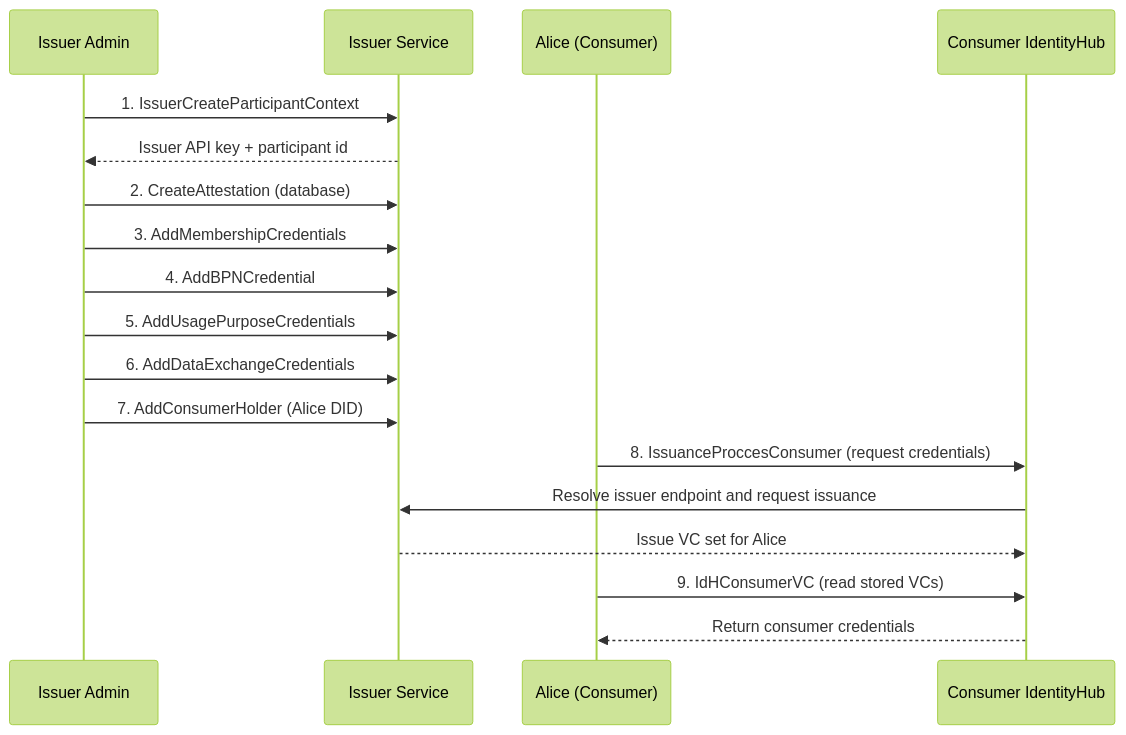
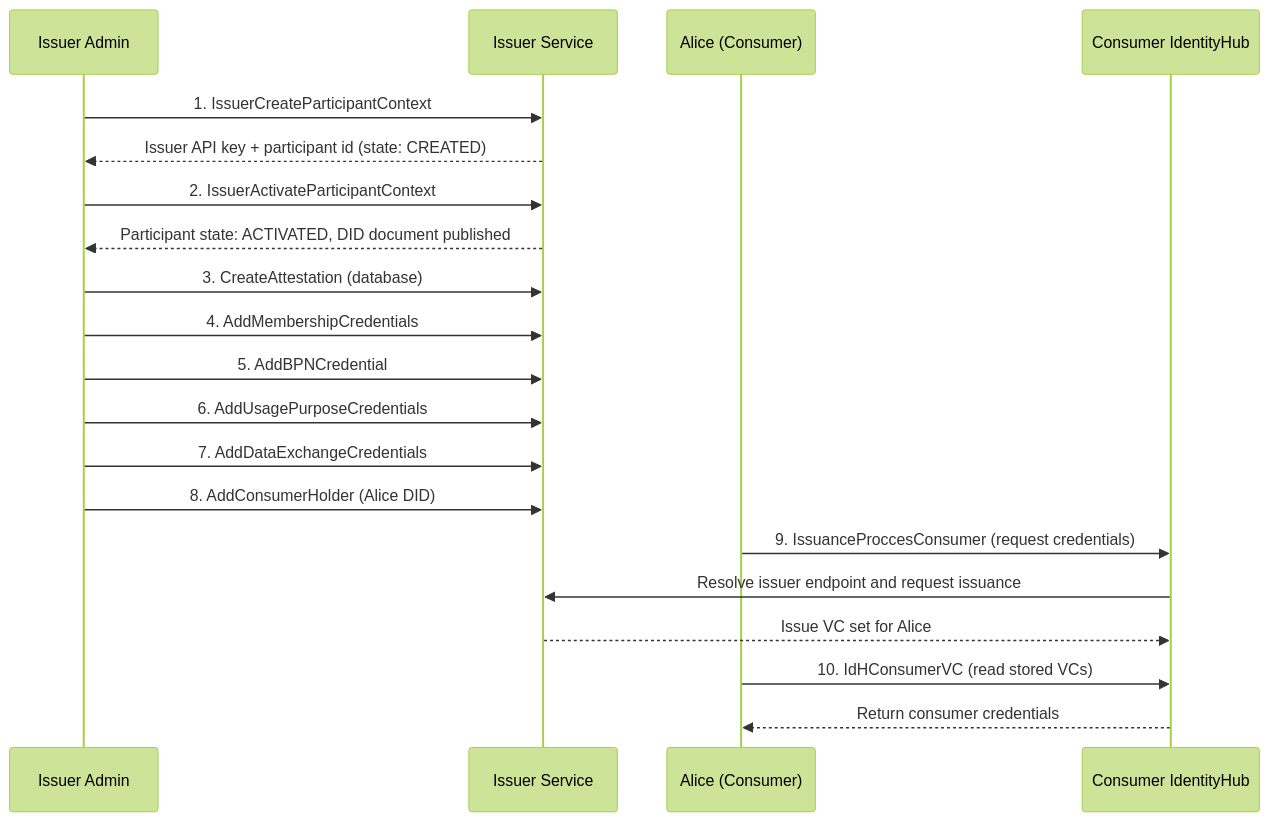
One commit to eclipse-tractusx/tractus-x-umbrella changed the first of 2 diagrams in docs/user/common/guides/data-exchange/issuance.md. Above: the diagram before and after it, drawn with Mermaid (forest theme). The commit also changed other lines of this file and 14 other files, not shown here.

First line of the commit message:
feat: Update Data-exchange-decentralized-identityhub walkthrough

````diff
--- a/docs/user/common/guides/data-exchange/issuance.md
+++ b/docs/user/common/guides/data-exchange/issuance.md
@@ -15,23 +15,25 @@
 ```mermaid
 sequenceDiagram
     participant Admin as Issuer Admin
     participant Issuer as Issuer Service
     participant Alice as Alice (Consumer)
     participant CIH as Consumer IdentityHub
 
     Admin->>Issuer: 1. IssuerCreateParticipantContext
-    Issuer-->>Admin: Issuer API key + participant id
-    Admin->>Issuer: 2. CreateAttestation (database)
-    Admin->>Issuer: 3. AddMembershipCredentials
-    Admin->>Issuer: 4. AddBPNCredential
-    Admin->>Issuer: 5. AddUsagePurposeCredentials
-    Admin->>Issuer: 6. AddDataExchangeCredentials
-    Admin->>Issuer: 7. AddConsumerHolder (Alice DID)
+    Issuer-->>Admin: Issuer API key + participant id (state: CREATED)
+    Admin->>Issuer: 2. IssuerActivateParticipantContext
+    Issuer-->>Admin: Participant state: ACTIVATED, DID document published
+    Admin->>Issuer: 3. CreateAttestation (database)
+    Admin->>Issuer: 4. AddMembershipCredentials
+    Admin->>Issuer: 5. AddBPNCredential
+    Admin->>Issuer: 6. AddUsagePurposeCredentials
+    Admin->>Issuer: 7. AddDataExchangeCredentials
+    Admin->>Issuer: 8. AddConsumerHolder (Alice DID)
 
-    Alice->>CIH: 8. IssuanceProccesConsumer (request credentials)
+    Alice->>CIH: 9. IssuanceProccesConsumer (request credentials)
     CIH->>Issuer: Resolve issuer endpoint and request issuance
     Issuer-->>CIH: Issue VC set for Alice
 
-    Alice->>CIH: 9. IdHConsumerVC (read stored VCs)
+    Alice->>CIH: 10. IdHConsumerVC (read stored VCs)
     CIH-->>Alice: Return consumer credentials
 ```
````
